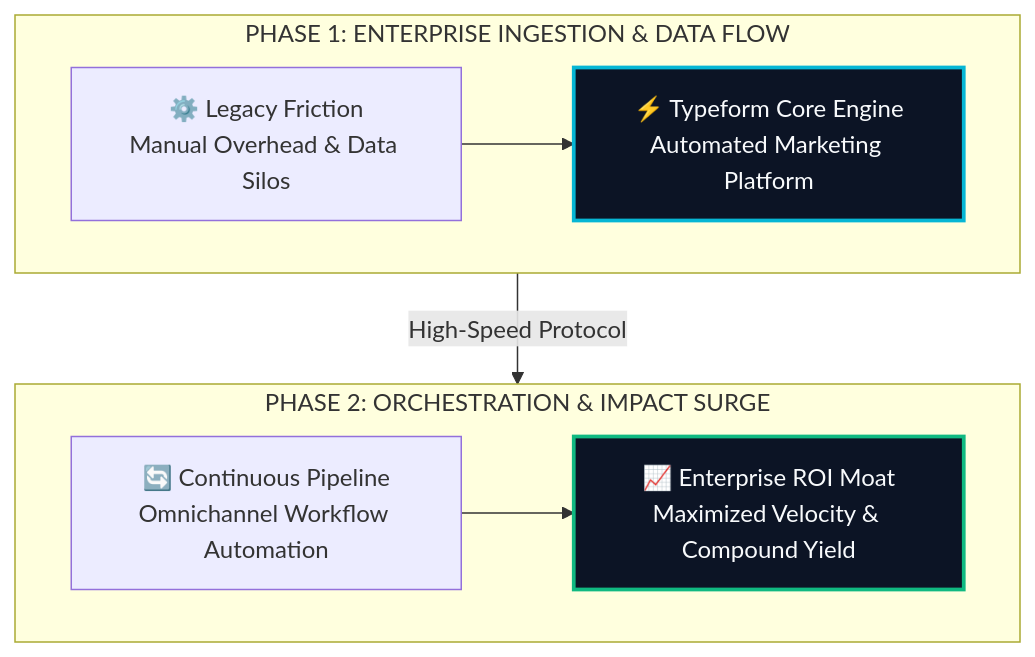
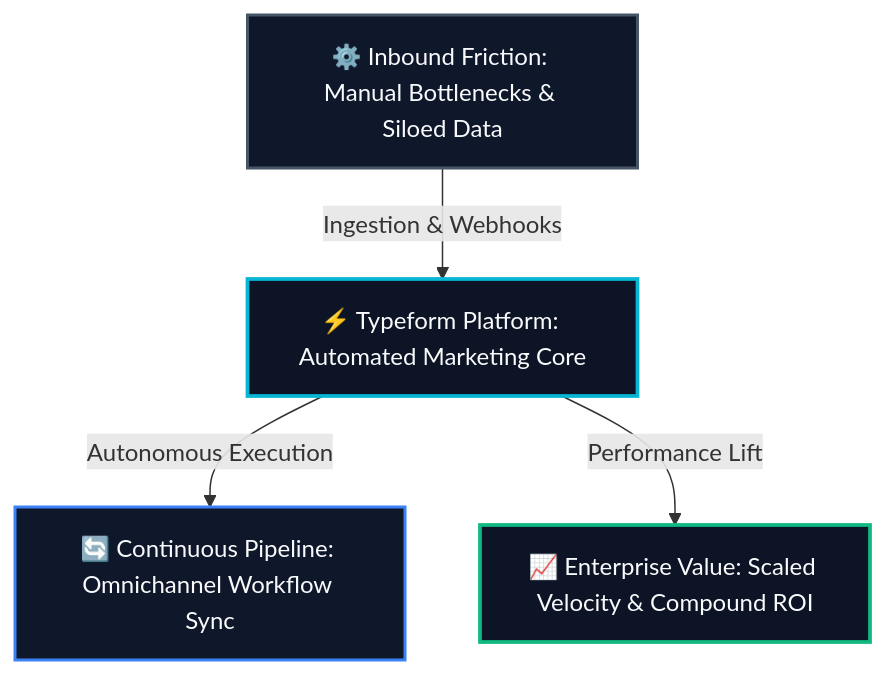
One commit to heliatech-media/saas-radar changed the diagram in site/src/content/blog/typeform-evolution-guide-2026.md. Above: the diagram before and after it, drawn with Mermaid. The commit also changed 93 other files, not shown here.

First line of the commit message:
fix(diagrams): resolve dagre-d3 subgraph collision by migrating to balanced 3-tier Hub & Spoke architecture

````diff
--- a/site/src/content/blog/typeform-evolution-guide-2026.md
+++ b/site/src/content/blog/typeform-evolution-guide-2026.md
@@ -55,14 +55,14 @@
 ```mermaid
 flowchart TD
-    subgraph S1["PHASE 1: ENTERPRISE INGESTION & DATA FLOW"]
-        direction LR
-        A["⚙️ Legacy Friction<br/>Manual Overhead & Data Silos"] --> B["⚡ Typeform Core Engine<br/>Automated Marketing Platform"]
-    end
-    subgraph S2["PHASE 2: ORCHESTRATION & IMPACT SURGE"]
-        direction LR
-        C["🔄 Continuous Pipeline<br/>Omnichannel Workflow Automation"] --> D["📈 Enterprise ROI Moat<br/>Maximized Velocity & Compound Yield"]
-    end
-    S1 -->|High-Speed Protocol| S2
-    style B fill:#0c1425,stroke:#06b6d4,stroke-width:2.5px,color:#f8fafc
-    style D fill:#0c1425,stroke:#10b981,stroke-width:2.5px,color:#f8fafc
+    Inp["⚙️ Inbound Friction: Manual Bottlenecks & Siloed Data"]
+    Eng["⚡ Typeform Platform: Automated Marketing Core"]
+    Out1["🔄 Continuous Pipeline: Omnichannel Workflow Sync"]
+    Out2["📈 Enterprise Value: Scaled Velocity & Compound ROI"]
+    Inp -->|Ingestion & Webhooks| Eng
+    Eng -->|Autonomous Execution| Out1
+    Eng -->|Performance Lift| Out2
+    style Inp fill:#0f172a,stroke:#475569,stroke-width:2px,color:#f8fafc
+    style Eng fill:#0c1425,stroke:#06b6d4,stroke-width:2.5px,color:#f8fafc
+    style Out1 fill:#0f172a,stroke:#3b82f6,stroke-width:2px,color:#f8fafc
+    style Out2 fill:#0c1425,stroke:#10b981,stroke-width:2.5px,color:#f8fafc
 ```
````
